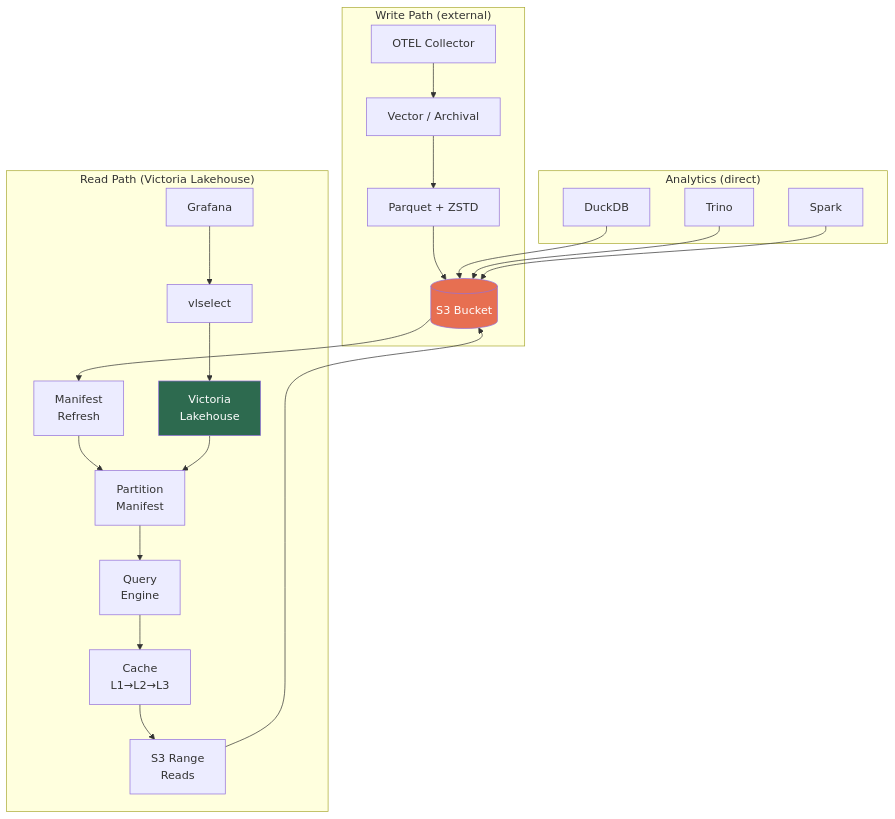
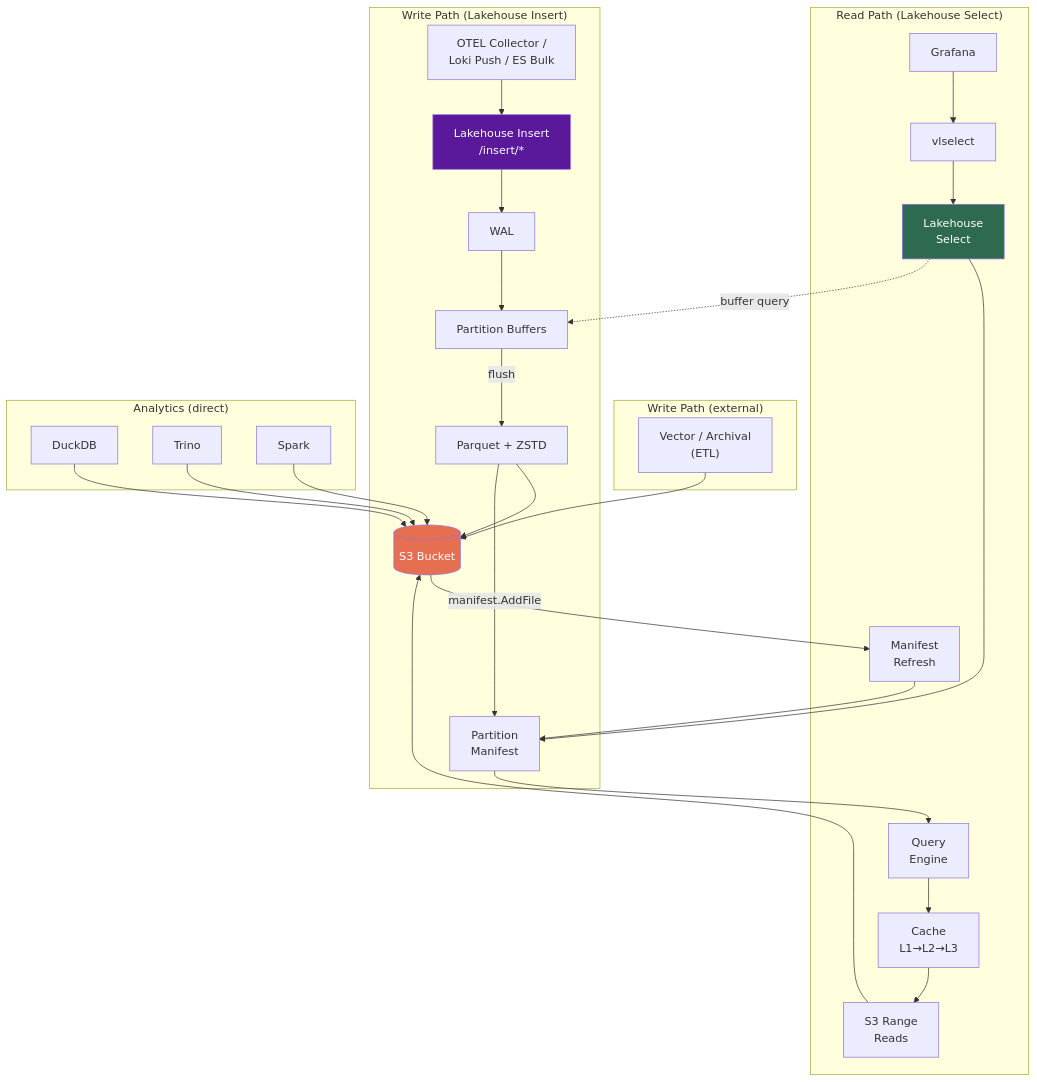
The ninth of 9 diagrams in docs/architecture.md (ReliablyObserve/victoria-lakehouse), drawn with Mermaid before and after one commit. The commit also changed other lines of this file and 5 other files, not shown here.

First line of the commit message:
docs: update all documentation for Phase A write path

````diff
--- a/docs/architecture.md
+++ b/docs/architecture.md
@@ -481,30 +589,39 @@
 ```mermaid
 flowchart TB
+    subgraph "Write Path (Lakehouse Insert)"
+        OTEL["OTEL Collector /<br/>Loki Push / ES Bulk"] --> INS["Lakehouse Insert<br/>/insert/*"]
+        INS --> WWAL["WAL"]
+        WWAL --> WBUF["Partition Buffers"]
+        WBUF -->|flush| PQ["Parquet + ZSTD"]
+        PQ --> S3W[("S3 Bucket")]
+        PQ -->|manifest.AddFile| MAN["Partition<br/>Manifest"]
+    end
+
     subgraph "Write Path (external)"
-        OTEL["OTEL Collector"] --> Vector["Vector / Archival"]
-        Vector --> PQ["Parquet + ZSTD"]
-        PQ --> S3W[("S3 Bucket")]
+        VEC["Vector / Archival<br/>(ETL)"] --> S3W
     end
     
-    subgraph "Read Path (Victoria Lakehouse)"
+    subgraph "Read Path (Lakehouse Select)"
         S3W --> MR["Manifest<br/>Refresh"]
-        MR --> MAN["Partition<br/>Manifest"]
+        MR --> MAN
         
         GF["Grafana"] --> VLS["vlselect"]
-        VLS --> LH["Victoria<br/>Lakehouse"]
+        VLS --> LH["Lakehouse<br/>Select"]
         LH --> MAN
         MAN --> QE["Query<br/>Engine"]
         QE --> CACHE["Cache<br/>L1→L2→L3"]
         CACHE --> S3R["S3 Range<br/>Reads"]
         S3R --> S3W
+        LH -.->|buffer query| WBUF
     end
 
     subgraph "Analytics (direct)"
         DDB["DuckDB"] --> S3W
         Trino["Trino"] --> S3W
         Spark["Spark"] --> S3W
     end
     
     style S3W fill:#e76f51,color:#fff
     style LH fill:#2d6a4f,color:#fff
+    style INS fill:#5a189a,color:#fff
 ```
````
